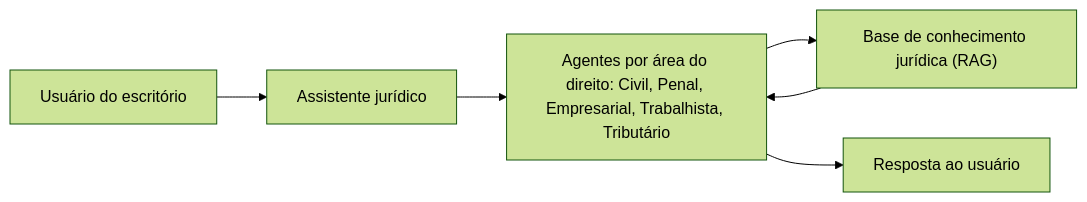
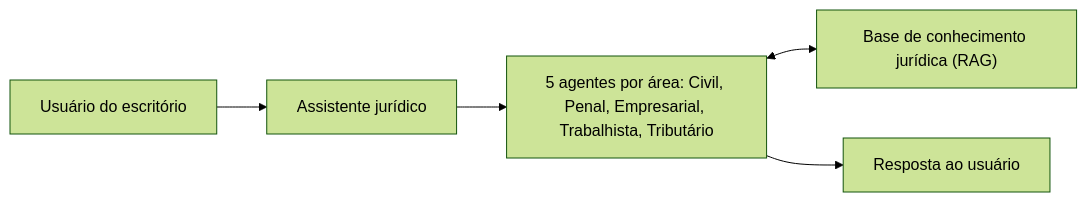
One commit to Barros-emerson/playbook-de-produto changed the diagram in 02-cases/02-assistente-juridico-rag/README.md. Above: the diagram before and after it, drawn with Mermaid (forest theme). The commit also changed other lines of this file, not shown here.

````diff
--- a/02-cases/02-assistente-juridico-rag/README.md
+++ b/02-cases/02-assistente-juridico-rag/README.md
@@ -64,8 +59,7 @@
 ```mermaid
 flowchart LR
     U["Usuário do escritório"] --> A["Assistente jurídico"]
-    A --> AG["Agentes por área do direito: Civil, Penal, Empresarial, Trabalhista, Tributário"]
-    AG --> K["Base de conhecimento jurídica (RAG)"]
-    K --> AG
+    A --> AG["5 agentes por área: Civil, Penal, Empresarial, Trabalhista, Tributário"]
+    AG <--> K["Base de conhecimento jurídica (RAG)"]
     AG --> R["Resposta ao usuário"]
 ```
````
